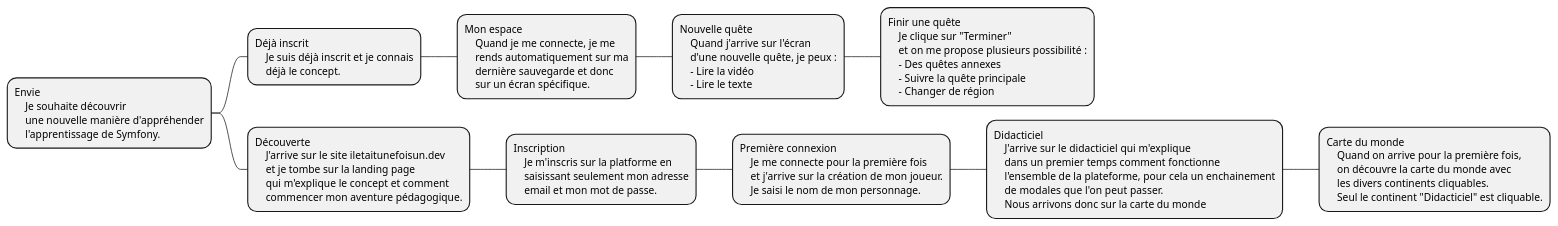
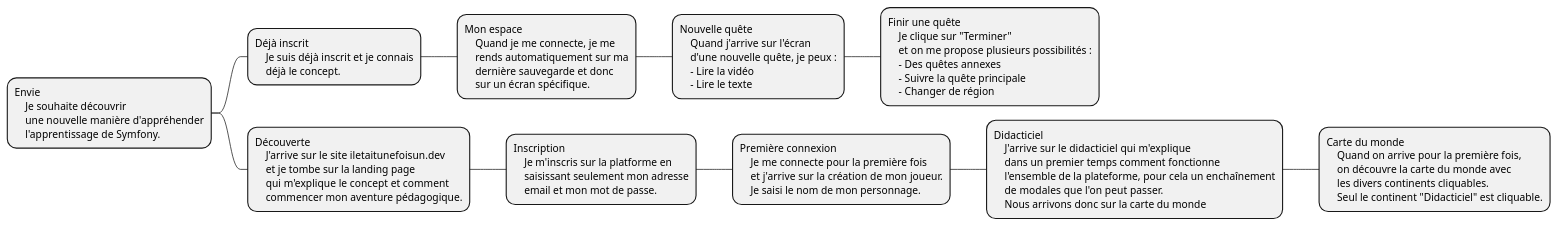
The diagram in docs/ux.puml (TBoileau/iletaitunefoisundev), drawn with PlantUML before and after one commit. The commit also changed 2 other files, not shown here.

```diff
--- a/docs/ux.puml
+++ b/docs/ux.puml
@@ -1,60 +1,60 @@
 @startmindmap
 
 *:Envie
     Je souhaite découvrir
     une nouvelle manière d'appréhender
     l'apprentissage de Symfony.;
 
 **:Déjà inscrit
     Je suis déjà inscrit et je connais
     déjà le concept.;
 
 ***:Mon espace
     Quand je me connecte, je me
     rends automatiquement sur ma
     dernière sauvegarde et donc
     sur un écran spécifique.;
 
 ****:Nouvelle quête
     Quand j'arrive sur l'écran
     d'une nouvelle quête, je peux :
     - Lire la vidéo
     - Lire le texte;
 
 *****:Finir une quête
     Je clique sur "Terminer"
-    et on me propose plusieurs possibilité :
+    et on me propose plusieurs possibilités :
     - Des quêtes annexes
     - Suivre la quête principale
     - Changer de région;
 
 **:Découverte
     J'arrive sur le site iletaitunefoisun.dev
     et je tombe sur la landing page
     qui m'explique le concept et comment
     commencer mon aventure pédagogique.;
 
 ***:Inscription
     Je m'inscris sur la platforme en
     saisissant seulement mon adresse
     email et mon mot de passe.;
 
 ****:Première connexion
     Je me connecte pour la première fois
     et j'arrive sur la création de mon joueur.
     Je saisi le nom de mon personnage.;
 
 *****:Didacticiel
     J'arrive sur le didacticiel qui m'explique
     dans un premier temps comment fonctionne
-    l'ensemble de la plateforme, pour cela un enchainement
+    l'ensemble de la plateforme, pour cela un enchaînement
     de modales que l'on peut passer.
     Nous arrivons donc sur la carte du monde;
 
 ******:Carte du monde
     Quand on arrive pour la première fois,
     on découvre la carte du monde avec
     les divers continents cliquables.
     Seul le continent "Didacticiel" est cliquable.;
 
 @endmindmap
```
